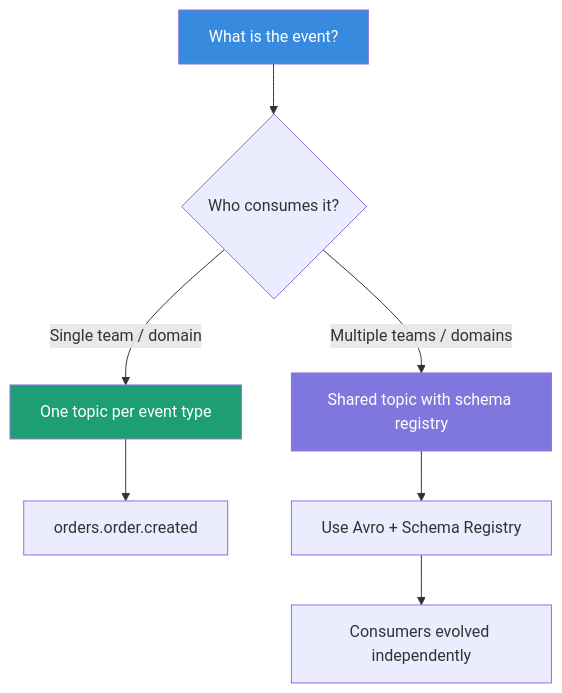
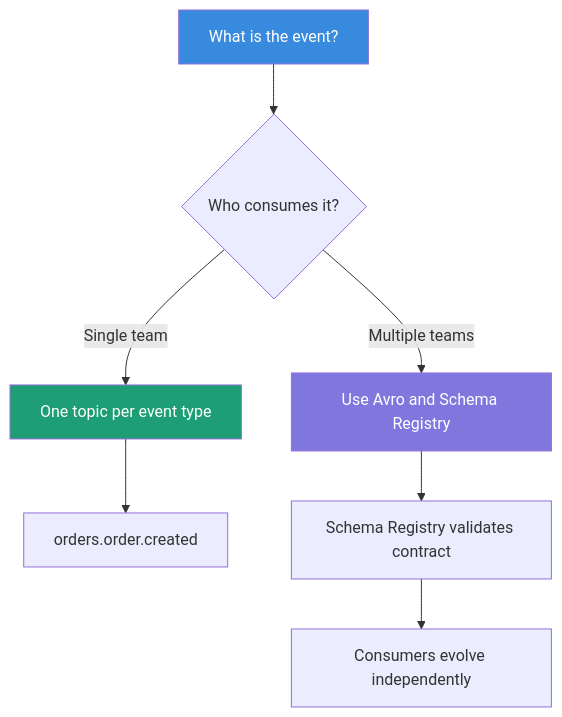
Before and after one commit to rahulsaxena23-code/best-practice: the third of 18 diagrams in kakfa/kafka_best_practices.md, drawn with Mermaid. The commit also changed other lines of this file, not shown here.

````diff
--- a/kakfa/kafka_best_practices.md
+++ b/kakfa/kafka_best_practices.md
@@ -147,13 +135,13 @@
 ```mermaid
-graph TD
+flowchart TD
     A[What is the event?] --> B{Who consumes it?}
-    B -- Single team / domain --> C[One topic per event type]
-    B -- Multiple teams / domains --> D[Shared topic with schema registry]
+    B -- Single team --> C[One topic per event type]
+    B -- Multiple teams --> D[Use Avro and Schema Registry]
     C --> E[orders.order.created]
-    D --> F[Use Avro + Schema Registry]
-    F --> G[Consumers evolved independently]
+    D --> F[Schema Registry validates contract]
+    F --> G[Consumers evolve independently]
 
     style A fill:#378ADD,color:#fff
     style C fill:#1D9E75,color:#fff
     style D fill:#7F77DD,color:#fff
 ```
````
